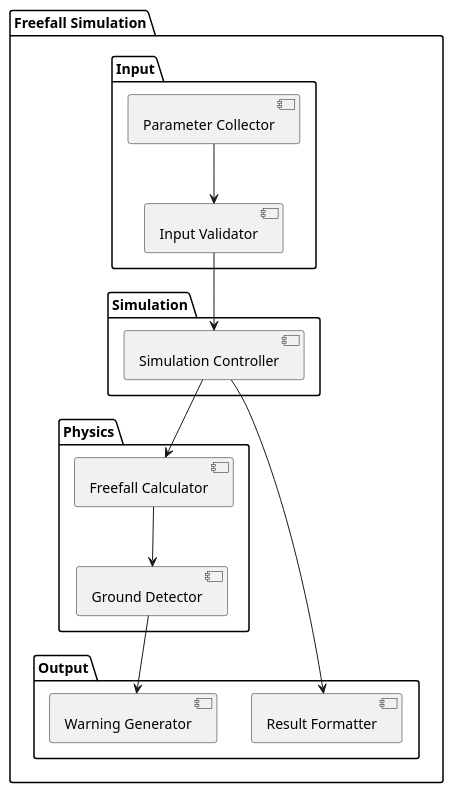
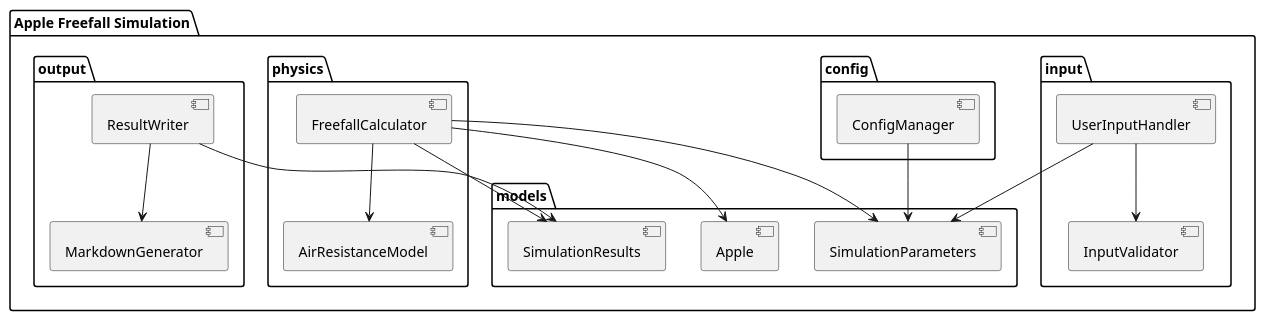
The diagram in example/prompt-final/package-diagram.puml (Mandelbroetchen/iterative-synthesis-loop), drawn with PlantUML before and after one commit. The commit also changed 48 other files, not shown here.

```diff
--- a/example/prompt-final/package-diagram.puml
+++ b/example/prompt-final/package-diagram.puml
@@ -1,31 +1,40 @@
 @startuml package-diagram
 
-package "Freefall Simulation" {
-  package "Input" {
-    [Parameter Collector]
-    [Input Validator]
+package "Apple Freefall Simulation" {
+  package "input" {
+    [UserInputHandler]
+    [InputValidator]
   }
 
-  package "Physics" {
-    [Freefall Calculator]
-    [Ground Detector]
+  package "config" {
+    [ConfigManager]
   }
 
-  package "Simulation" {
-    [Simulation Controller]
+  package "physics" {
+    [FreefallCalculator]
+    [AirResistanceModel]
   }
 
-  package "Output" {
-    [Result Formatter]
-    [Warning Generator]
+  package "output" {
+    [ResultWriter]
+    [MarkdownGenerator]
+  }
+
+  package "models" {
+    [SimulationParameters]
+    [Apple]
+    [SimulationResults]
   }
 }
 
-[Parameter Collector] --> [Input Validator]
-[Input Validator] --> [Simulation Controller]
-[Simulation Controller] --> [Freefall Calculator]
-[Freefall Calculator] --> [Ground Detector]
-[Simulation Controller] --> [Result Formatter]
-[Ground Detector] --> [Warning Generator]
+[UserInputHandler] --> [InputValidator]
+[UserInputHandler] --> [SimulationParameters]
+[ConfigManager] --> [SimulationParameters]
+[FreefallCalculator] --> [Apple]
+[FreefallCalculator] --> [SimulationParameters]
+[FreefallCalculator] --> [AirResistanceModel]
+[FreefallCalculator] --> [SimulationResults]
+[ResultWriter] --> [SimulationResults]
+[ResultWriter] --> [MarkdownGenerator]
 
 @enduml
```
